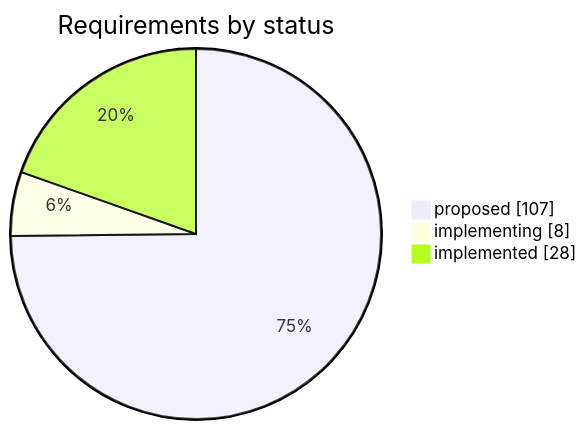
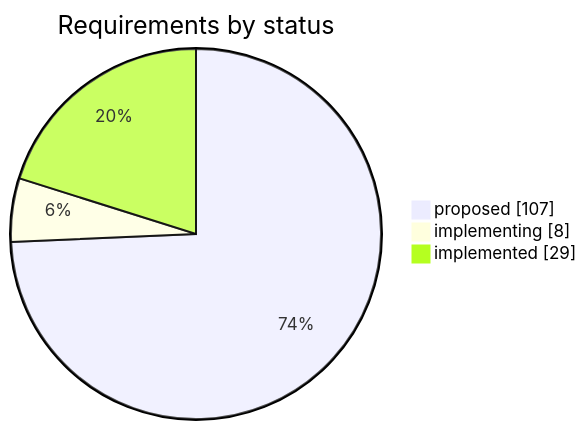
The first of 2 diagrams in STATUS.md (iammaxsu/automatic-testing-architecture), drawn with Mermaid before and after one commit. The commit also changed other lines of this file and 8 other files, not shown here.

````diff
--- a/STATUS.md
+++ b/STATUS.md
@@ -25,6 +25,6 @@
 ```mermaid
 pie showData title Requirements by status
     "proposed" : 107
     "implementing" : 8
-    "implemented" : 28
+    "implemented" : 29
 ```
````
